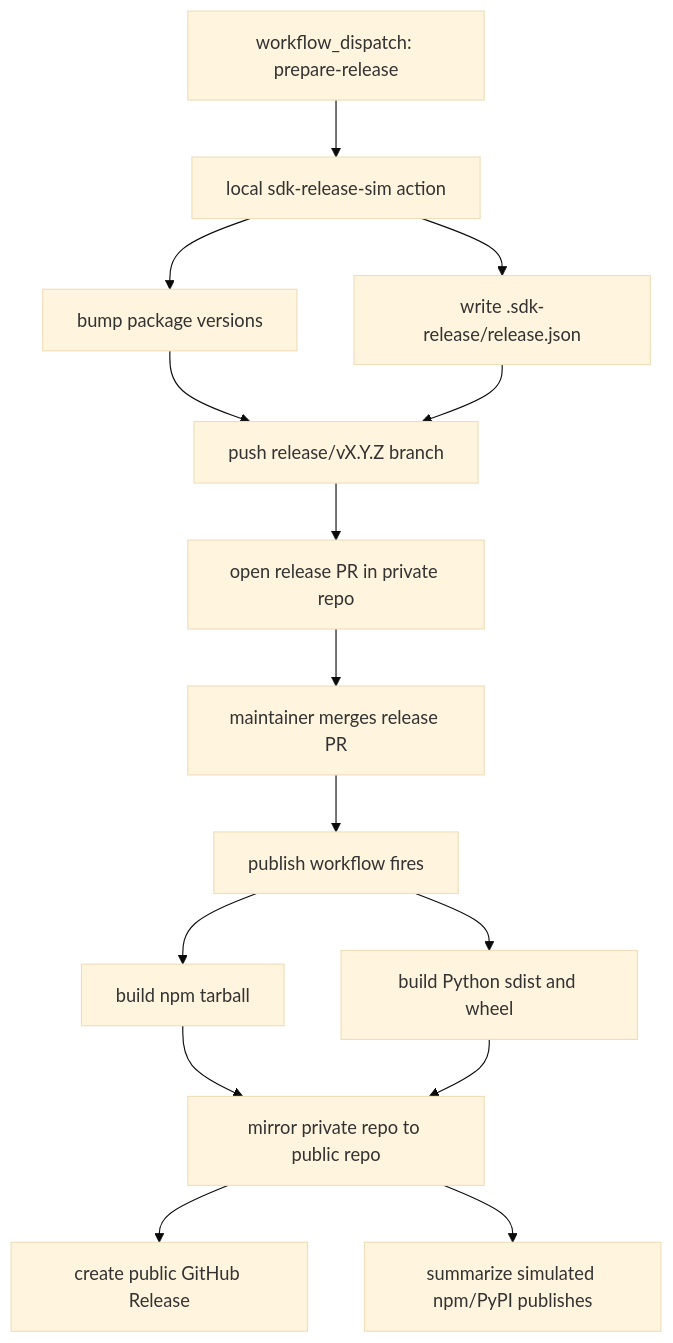
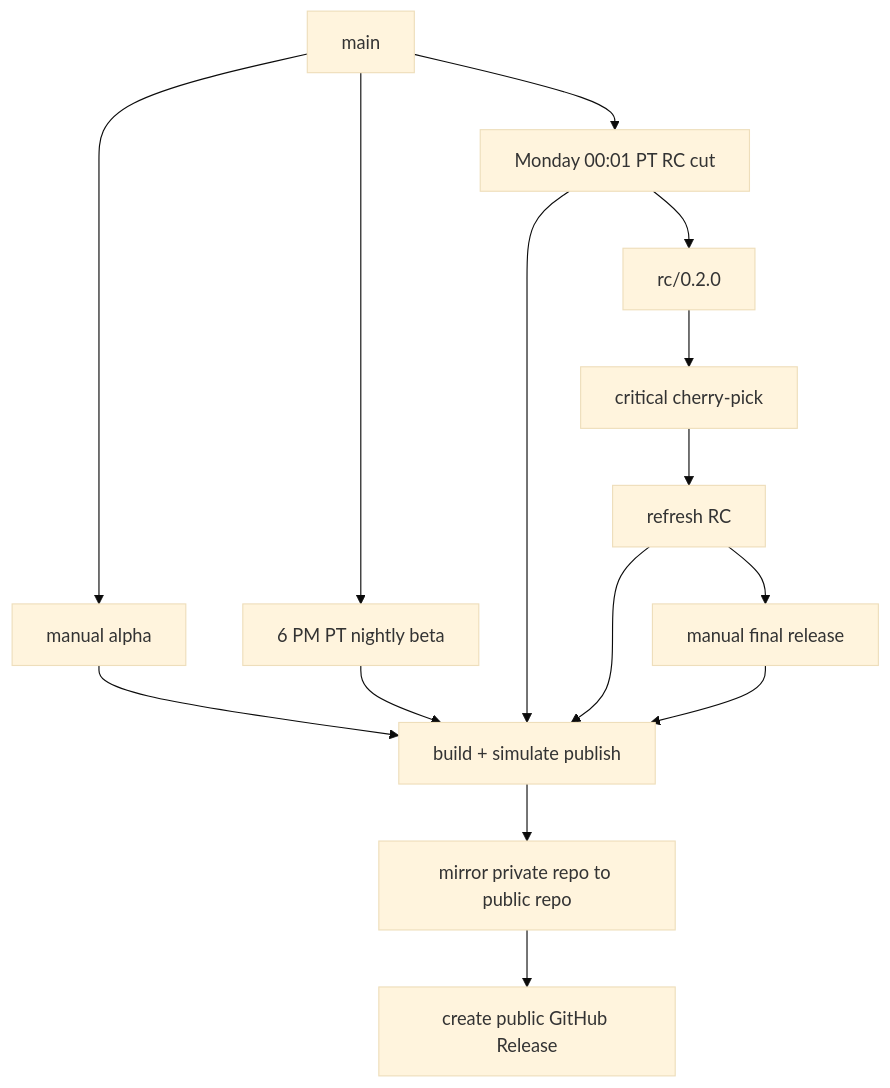
The diagram in README.md (loomb-oai/test-public-repo), drawn with Mermaid (base theme) before and after one commit. The commit also changed other lines of this file and 11 other files, not shown here.

````diff
--- a/README.md
+++ b/README.md
@@ -35,17 +47,17 @@
 ```mermaid
 flowchart TD
-  A["workflow_dispatch: prepare-release"] --> B["local sdk-release-sim action"]
-  B --> C["bump package versions"]
-  B --> D["write .sdk-release/release.json"]
-  C --> E["push release/vX.Y.Z branch"]
-  D --> E
-  E --> F["open release PR in private repo"]
-  F --> G["maintainer merges release PR"]
-  G --> H["publish workflow fires"]
-  H --> I["build npm tarball"]
-  H --> J["build Python sdist and wheel"]
-  I --> K["mirror private repo to public repo"]
-  J --> K
-  K --> L["create public GitHub Release"]
-  K --> M["summarize simulated npm/PyPI publishes"]
+  A["main"] --> B["manual alpha"]
+  A --> C["6 PM PT nightly beta"]
+  A --> D["Monday 00:01 PT RC cut"]
+  D --> E["rc/0.2.0"]
+  E --> F["critical cherry-pick"]
+  F --> G["refresh RC"]
+  G --> H["manual final release"]
+  B --> I["build + simulate publish"]
+  C --> I
+  D --> I
+  G --> I
+  H --> I
+  I --> J["mirror private repo to public repo"]
+  J --> K["create public GitHub Release"]
 ```
````
